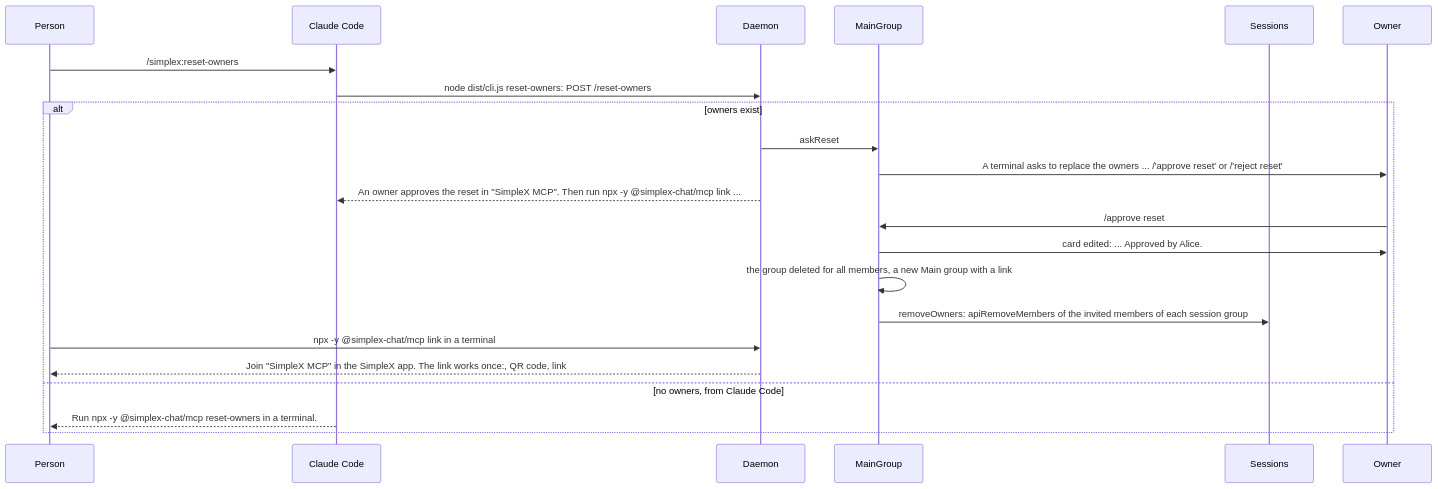
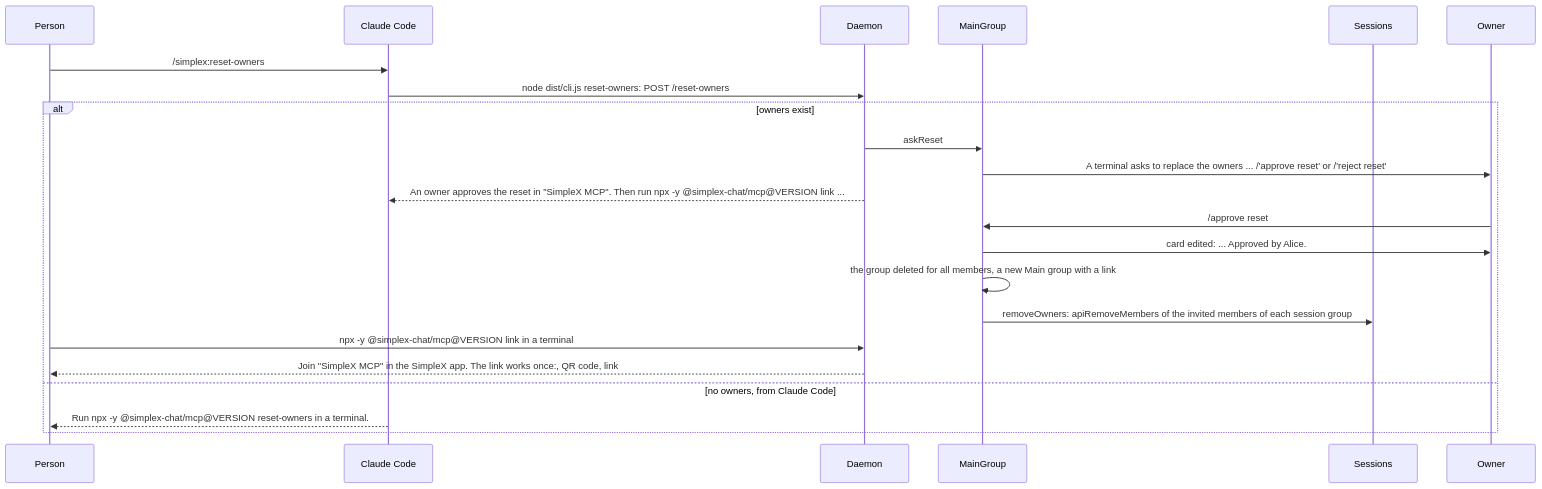
One commit to simplex-chat/simplex-chat changed diagram 25 of 27 in packages/simplex-chat-mcp/spec/flows.md. Above: the diagram before and after it, drawn with Mermaid. The commit also changed other lines of this file and 5 other files, not shown here.

````diff
--- a/packages/simplex-chat-mcp/spec/flows.md
+++ b/packages/simplex-chat-mcp/spec/flows.md
@@ -1056,24 +1064,24 @@
 ```mermaid
 sequenceDiagram
   participant P as Person
   participant CC as Claude Code
   participant D as Daemon
   participant M as MainGroup
   participant N as Sessions
   participant O as Owner
   P->>CC: /simplex:reset-owners
   CC->>D: node dist/cli.js reset-owners: POST /reset-owners
   alt owners exist
     D->>M: askReset
     M->>O: A terminal asks to replace the owners ... /'approve reset' or /'reject reset'
-    D-->>CC: An owner approves the reset in "SimpleX MCP". Then run npx -y @simplex-chat/mcp link ...
+    D-->>CC: An owner approves the reset in "SimpleX MCP". Then run npx -y @simplex-chat/mcp@VERSION link ...
     O->>M: /approve reset
     M->>O: card edited: ... Approved by Alice.
     M->>M: the group deleted for all members, a new Main group with a link
     M->>N: removeOwners: apiRemoveMembers of the invited members of each session group
-    P->>D: npx -y @simplex-chat/mcp link in a terminal
+    P->>D: npx -y @simplex-chat/mcp@VERSION link in a terminal
     D-->>P: Join "SimpleX MCP" in the SimpleX app. The link works once:, QR code, link
   else no owners, from Claude Code
-    CC-->>P: Run npx -y @simplex-chat/mcp reset-owners in a terminal.
+    CC-->>P: Run npx -y @simplex-chat/mcp@VERSION reset-owners in a terminal.
   end
 ```
````
